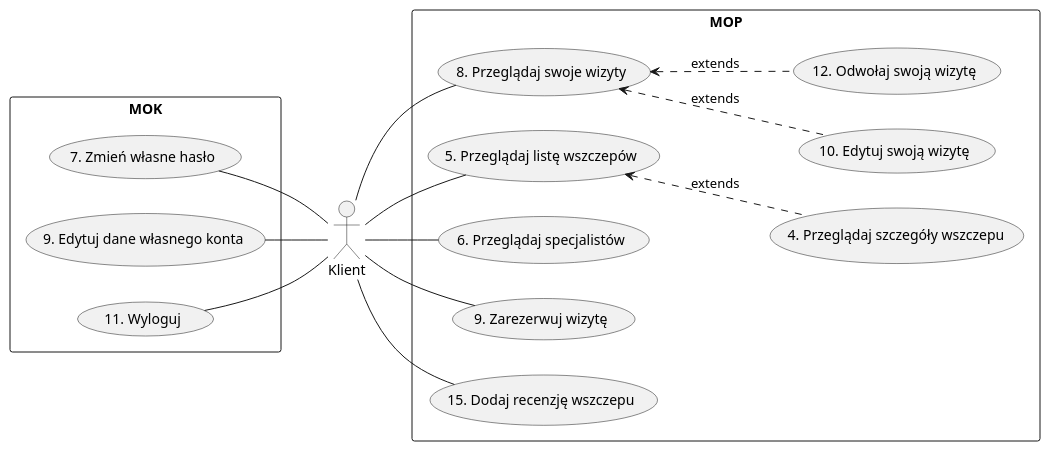
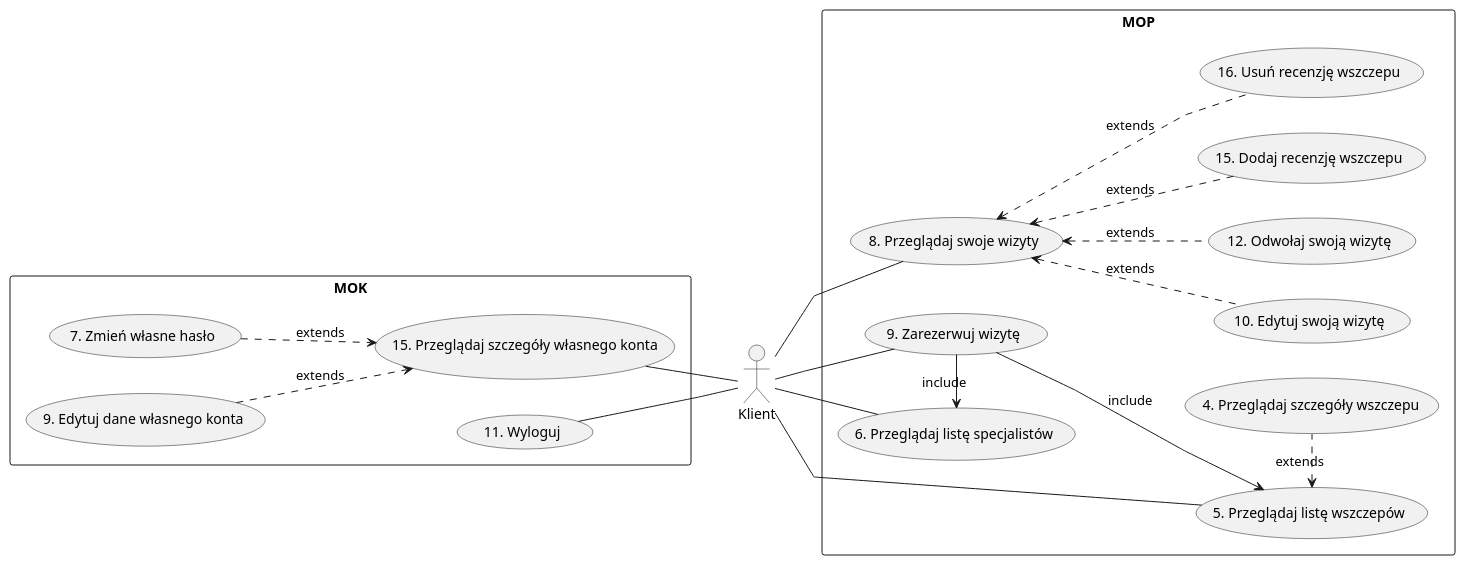
The diagram in src/rozdział 2/client_usecase.puml (TheVivent-Politechnika-Lodzka/ssbd03_kic_uml), drawn with PlantUML before and after one commit. The commit also changed other lines of this file and 3 other files, not shown here.

```diff
--- a/src/rozdział 2/client_usecase.puml
+++ b/src/rozdział 2/client_usecase.puml
@@ -1,34 +1,48 @@
 @startuml
 left to right direction
 skinparam packageStyle rectangle
+skinparam linetype polyline
+
 actor Klient as g
 rectangle MOK {
 usecase "7. Zmień własne hasło" as mok7
+usecase "15. Przeglądaj szczegóły własnego konta" as mok15
 usecase "9. Edytuj dane własnego konta" as mok9
 usecase "11. Wyloguj" as mok11
 }
 
 rectangle MOP {
     usecase "4. Przeglądaj szczegóły wszczepu" as mop4
     usecase "5. Przeglądaj listę wszczepów" as mop5
-    usecase "6. Przeglądaj specjalistów"  as mop6
+    usecase "6. Przeglądaj listę specjalistów"  as mop6
     usecase "8. Przeglądaj swoje wizyty" as mop8
     usecase "10. Edytuj swoją wizytę" as mop10
     usecase "9. Zarezerwuj wizytę" as mop9
     usecase "12. Odwołaj swoją wizytę" as mop12
     usecase "15. Dodaj recenzję wszczepu" as mop15
+    usecase "16. Usuń recenzję wszczepu" as mop16
 }
 
-g-- mop6
-g -- mop5
-    mop5 <.. mop4 : extends
+g -- mop6
+
+g - mop5
+    mop5 <. mop4 : extends
 g - mop8
-g -- mop9
     mop8 <.. mop10 : extends
     mop8 <.. mop12 : extends
-g -- mop15
+    mop8 <.. mop15 : extends
+    mop8 <.. mop16 : extends
+g -- mop9
 
-mok7 -- g
-mok9 -- g
+    mop9 -> mop6 : include  
+    mop9 --> mop5 : include
+
+mok15 -- g
+    mok9 ..> mok15 : extends
+    mok7 ..> mok15 : extends
 mok11 -- g
+
+' tylko do wygladu
+mok9 -[hidden]-mok11
+
 @enduml
```
